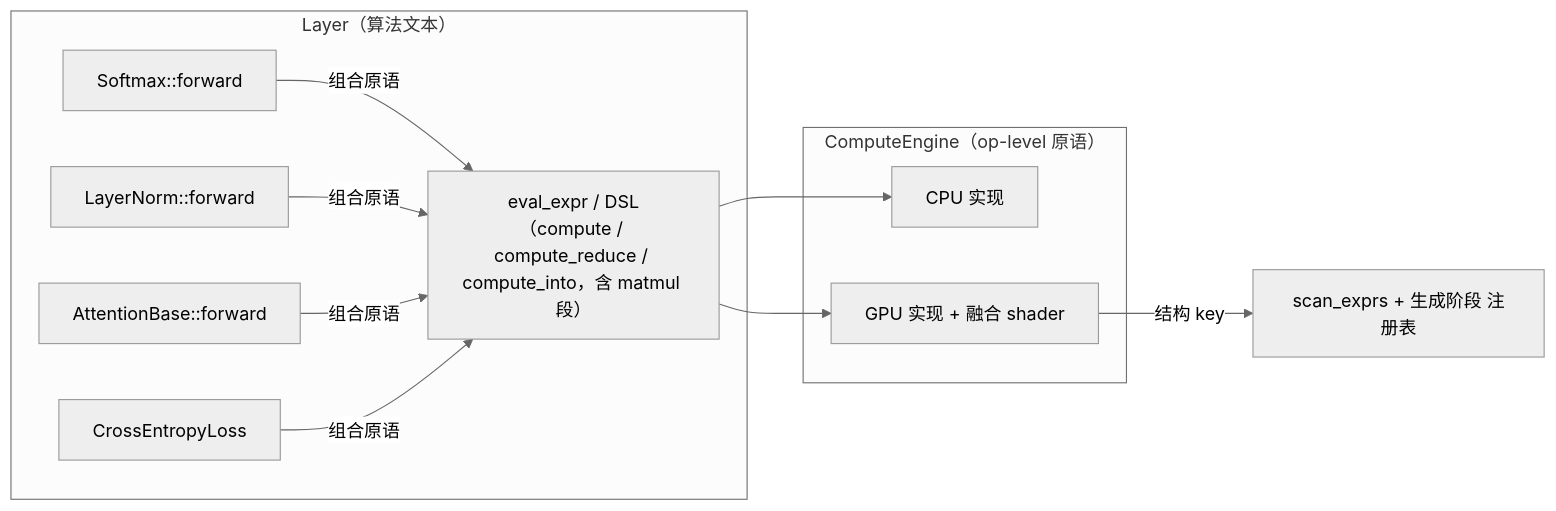
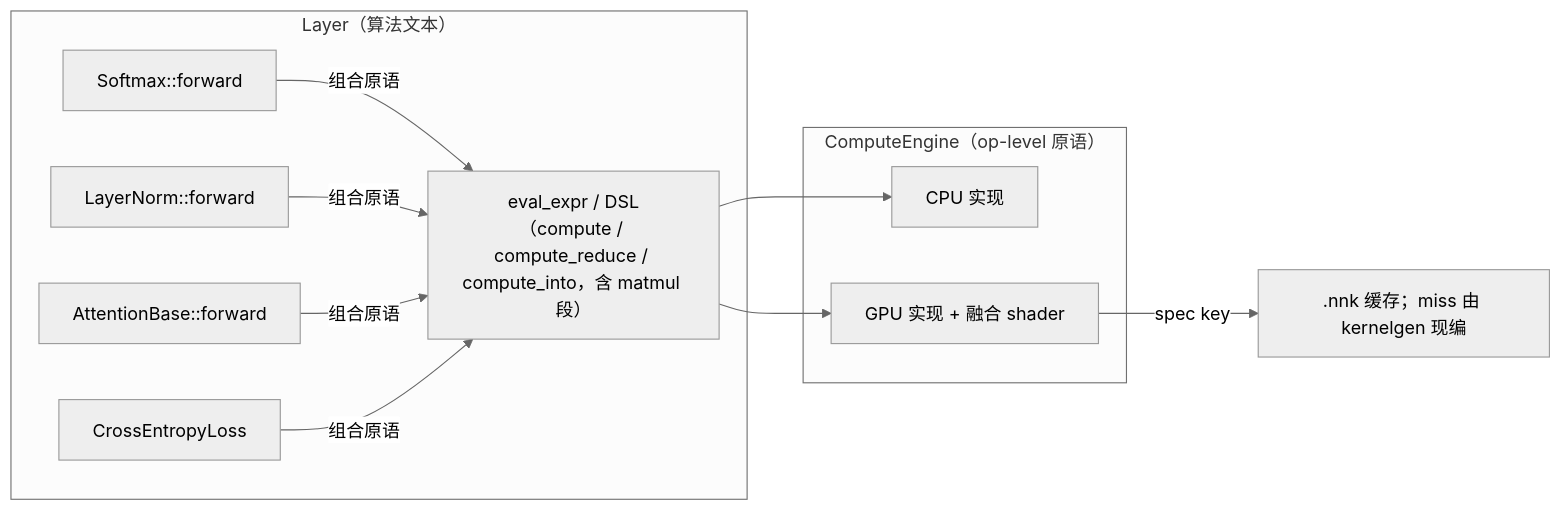
Before and after one commit to neuralnet-cpp-dev/neuralnet.cpp: the diagram in docs/internal/02-operator-fusion.md, drawn with Mermaid (neutral theme). The commit also changed other lines of this file and 1 other file, not shown here.

First line of the commit message:
docs(#D1): 清理 AOT/scan_exprs 残留，统一为运行期 JIT 唯一路径

````diff
--- a/docs/internal/02-operator-fusion.md
+++ b/docs/internal/02-operator-fusion.md
@@ -74,16 +74,16 @@
 ```mermaid
 graph LR
     subgraph L2[Layer（算法文本）]
         A[Softmax::forward] -->|组合原语| E
         B[LayerNorm::forward] -->|组合原语| E
         C[AttentionBase::forward] -->|组合原语| E
         D[CrossEntropyLoss] -->|组合原语| E
     end
     subgraph Eng[ComputeEngine（op-level 原语）]
         E[eval_expr / DSL（compute / compute_reduce / compute_into，含 matmul 段）]
         F[CPU 实现]
         G[GPU 实现 + 融合 shader]
     end
     E --> F & G
-    G -->|结构 key| I[scan_exprs + 生成阶段 注册表]
+    G -->|spec key| I[.nnk 缓存；miss 由 kernelgen 现编]
 ```
````
